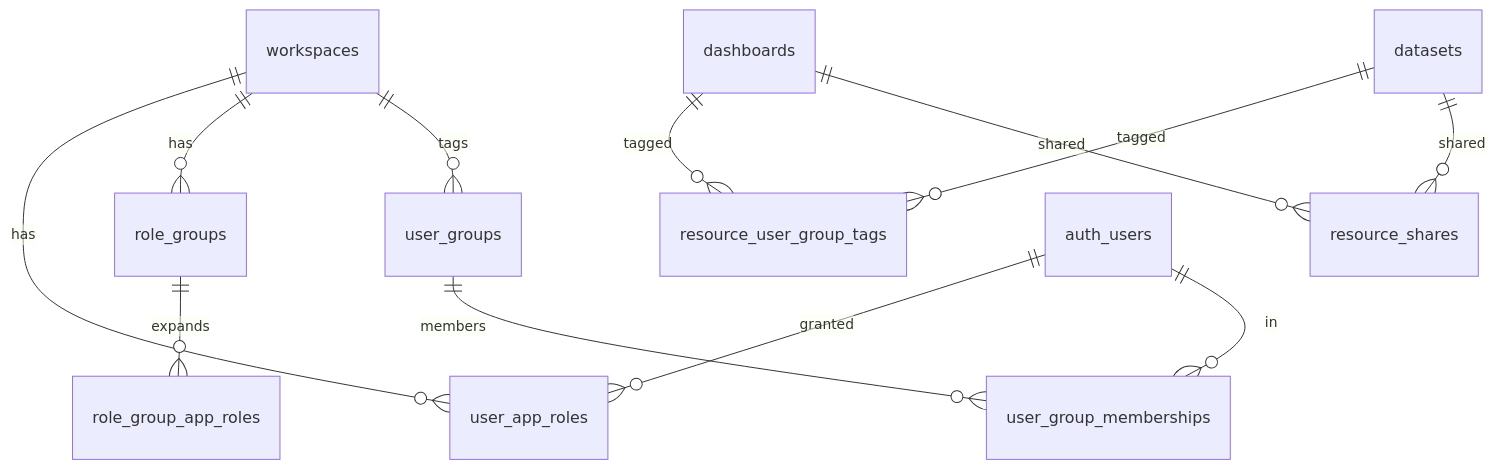
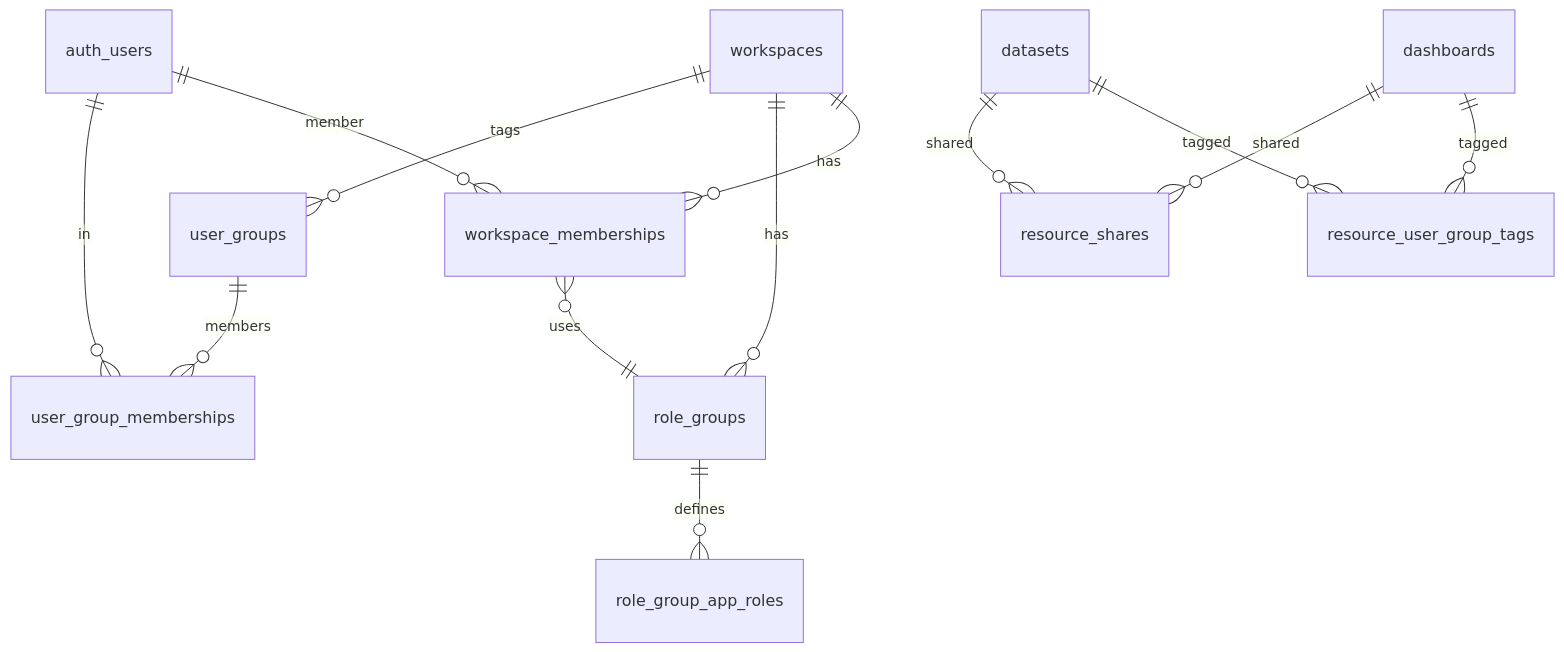
One commit to AvandarLabs/avandar changed the third of 3 diagrams in reference/permissions-architecture.md. Above: the diagram before and after it, drawn with Mermaid. The commit also changed other lines of this file and 38 other files, not shown here.

Commit message:
schema updates

````diff
--- a/reference/permissions-architecture.md
+++ b/reference/permissions-architecture.md
@@ -182,14 +184,15 @@
 ```mermaid
 erDiagram
-  workspaces ||--o{ user_app_roles : has
+  workspaces ||--o{ workspace_memberships : has
   workspaces ||--o{ role_groups : has
-  role_groups ||--o{ role_group_app_roles : expands
+  role_groups ||--o{ role_group_app_roles : defines
+  workspace_memberships }o--|| role_groups : uses
   workspaces ||--o{ user_groups : tags
   user_groups ||--o{ user_group_memberships : members
   dashboards ||--o{ resource_user_group_tags : tagged
   datasets ||--o{ resource_user_group_tags : tagged
   dashboards ||--o{ resource_shares : shared
   datasets ||--o{ resource_shares : shared
-  auth_users ||--o{ user_app_roles : granted
+  auth_users ||--o{ workspace_memberships : member
   auth_users ||--o{ user_group_memberships : in
 ```
````
